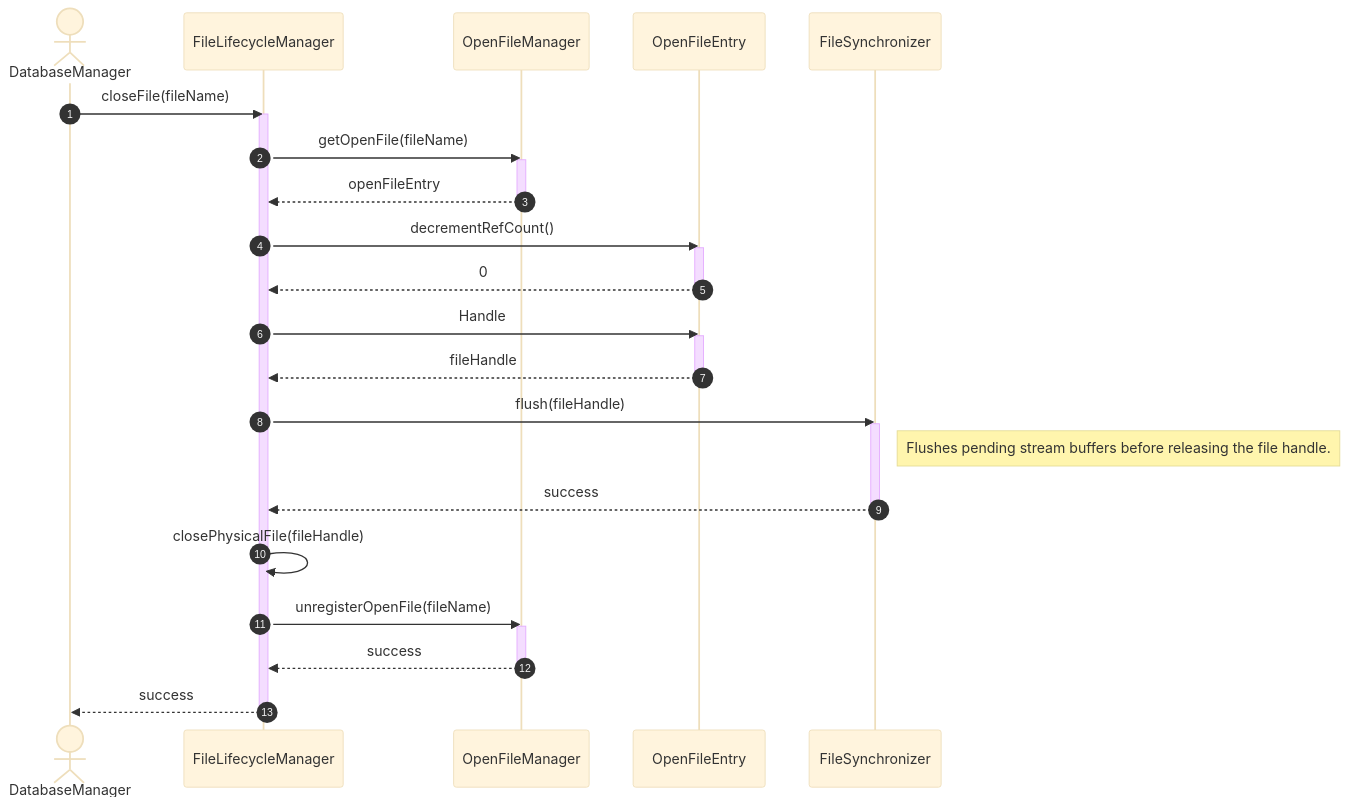
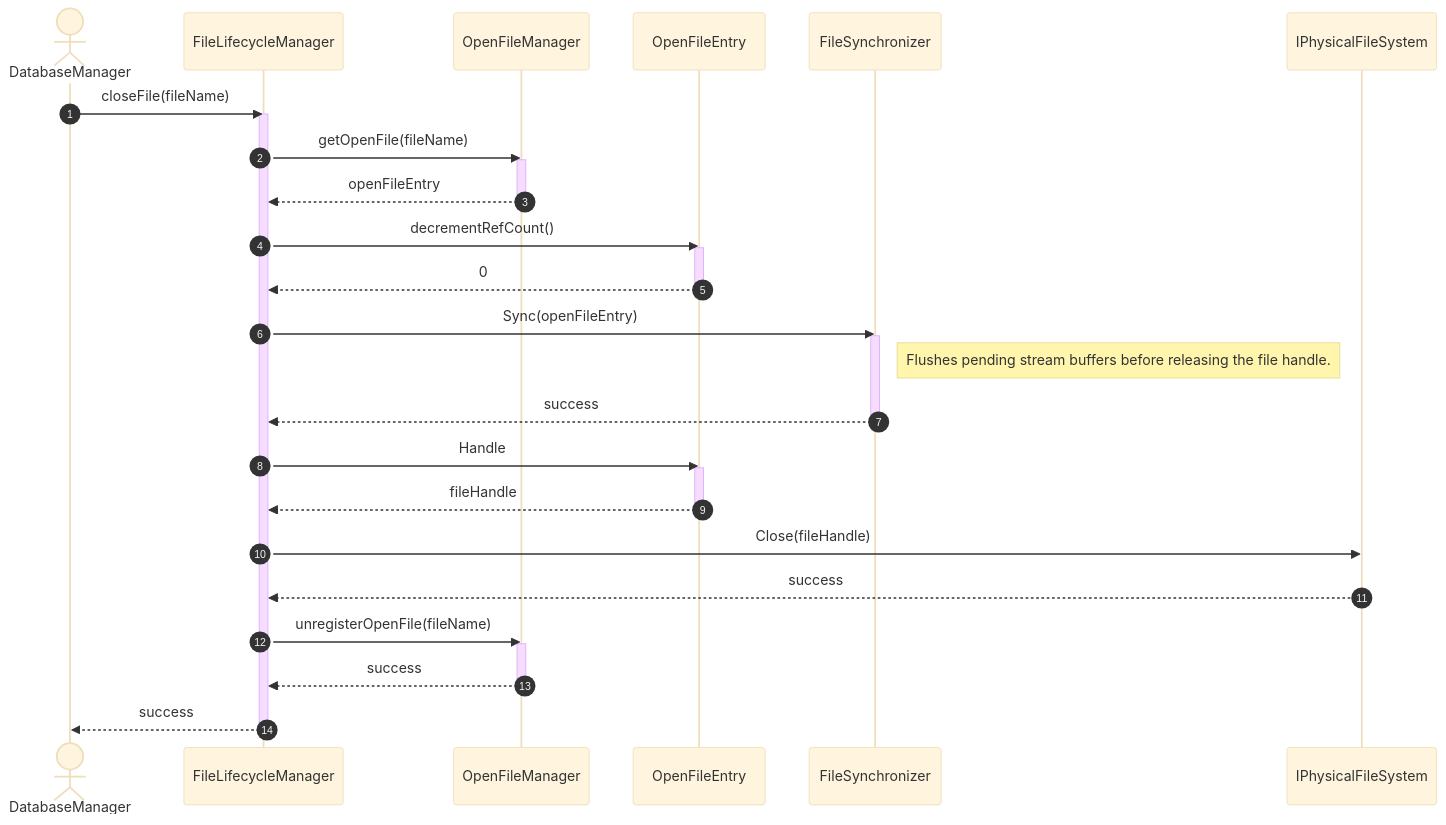
One commit to manaxpow/DBMS changed the second of 4 diagrams in docs/diagrams/sequence-diagrams/storage-engine/file-management/file-lifecycle/close-file.md. Above: the diagram before and after it, drawn with Mermaid (base theme). The commit also changed other lines of this file and 54 other files, not shown here.

Commit message:
#5 update PhysicalFileSystem

````diff
--- a/docs/diagrams/sequence-diagrams/storage-engine/file-management/file-lifecycle/close-file.md
+++ b/docs/diagrams/sequence-diagrams/storage-engine/file-management/file-lifecycle/close-file.md
@@ -38,43 +38,45 @@
 ```mermaid
 sequenceDiagram
     autonumber
     actor DB as DatabaseManager
     participant LM as FileLifecycleManager
     participant OM as OpenFileManager
     participant OE as OpenFileEntry
     participant FS as FileSynchronizer
+    participant PFS as IPhysicalFileSystem
 
     DB->>LM: closeFile(fileName)
     activate LM
     
     LM->>OM: getOpenFile(fileName)
     activate OM
     OM-->>LM: openFileEntry
     deactivate OM
     
     LM->>OE: decrementRefCount()
     activate OE
     OE-->>LM: 0
     deactivate OE
     
-    LM->>OE: Handle
-    activate OE
-    OE-->>LM: fileHandle
-    deactivate OE
-    
-    LM->>FS: flush(fileHandle)
+    LM->>FS: Sync(openFileEntry)
     activate FS
     note right of FS: Flushes pending stream buffers before releasing the file handle.
     FS-->>LM: success
     deactivate FS
     
-    LM->>LM: closePhysicalFile(fileHandle)
+    LM->>OE: Handle
+    activate OE
+    OE-->>LM: fileHandle
+    deactivate OE
+
+    LM->>PFS: Close(fileHandle)
+    PFS-->>LM: success
     
     LM->>OM: unregisterOpenFile(fileName)
     activate OM
     OM-->>LM: success
     deactivate OM
     
     LM-->>DB: success
     deactivate LM
 ```
````
